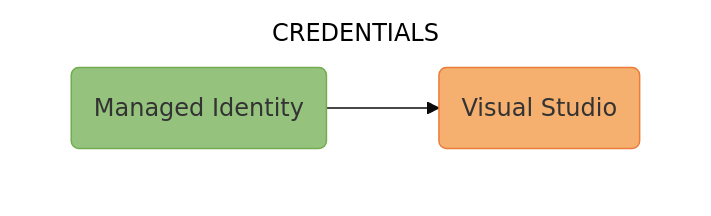
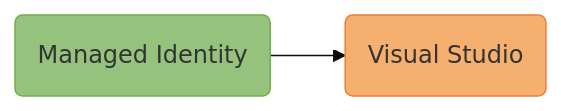
Before and after one commit to dotnet/docs: the diagram in docs/azure/sdk/media/credential-chains/ChainedTokenCredentialAuthFlow.md, drawn with Mermaid. The commit also changed 3 other files, not shown here.

Commit message:
Update mermaid diagrams

````diff
--- a/docs/azure/sdk/media/credential-chains/ChainedTokenCredentialAuthFlow.md
+++ b/docs/azure/sdk/media/credential-chains/ChainedTokenCredentialAuthFlow.md
@@ -1,31 +1,24 @@
 ```mermaid
 %% STEPS TO GENERATE IMAGE
 %% =======================
 %% 1. Install mermaid CLI v10.9.1 (see https://github.com/mermaid-js/mermaid-cli/blob/master/README.md):
 %%    npm i -g @mermaid-js/mermaid-cli@10.9.1
 %% 2. Run command: mmdc -i ChainedTokenCredentialAuthFlow.md -o ChainedTokenCredentialAuthFlow.svg
 
 %%{
   init: {
     'theme': 'base',
     'themeVariables': {
       'tertiaryBorderColor': '#fff',
       'tertiaryColor': '#fff'
     }
   }
 }%%
 
 flowchart LR;
-    subgraph CREDENTIALS;
-        direction LR;
-        C(Managed Identity):::deployed --> D(Visual Studio):::developer;
-    end;
+    C(Managed Identity):::deployed --> D(Visual Studio):::developer;
 
     %% Define styles for credential type boxes
     classDef deployed fill:#95C37E, stroke:#71AD4C;
     classDef developer fill:#F5AF6F, stroke:#EB7C39;
-
-    %% Add API ref links to credential type boxes
-    click C "https://learn.microsoft.com/dotnet/api/azure.identity.managedidentitycredential?view=azure-dotnet" _blank;
-    click D "https://learn.microsoft.com/dotnet/api/azure.identity.visualstudiocredential?view=azure-dotnet" _blank;
 ```
````
